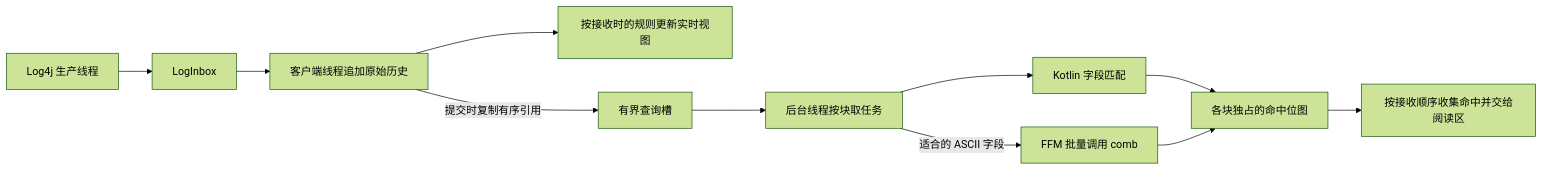
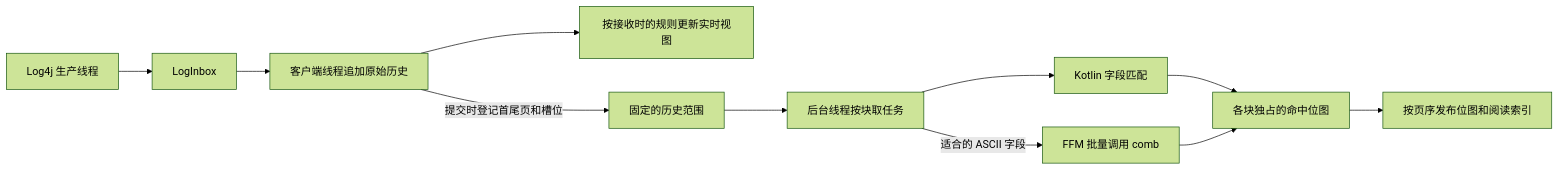
The diagram in docs/plan/grep.md (NTS-Official/InGame-ConsoleAndLogging), drawn with Mermaid (forest theme) before and after one commit. The commit also changed other lines of this file and 22 other files, not shown here.

````diff
--- a/docs/plan/grep.md
+++ b/docs/plan/grep.md
@@ -9,13 +11,13 @@
 ```mermaid
 flowchart LR
     A[Log4j 生产线程] --> B[LogInbox]
     B --> C[客户端线程追加原始历史]
     C --> V[按接收时的规则更新实时视图]
-    C -->|提交时复制有序引用| Q[有界查询槽]
+    C -->|提交时登记首尾页和槽位| Q[固定的历史范围]
     Q --> W[后台线程按块取任务]
     W --> J[Kotlin 字段匹配]
     W -->|适合的 ASCII 字段| Z[FFM 批量调用 comb]
     J --> M[各块独占的命中位图]
     Z --> M
-    M --> R[按接收顺序收集命中并交给阅读区]
+    M --> R[按页序发布位图和阅读索引]
 ```
````
